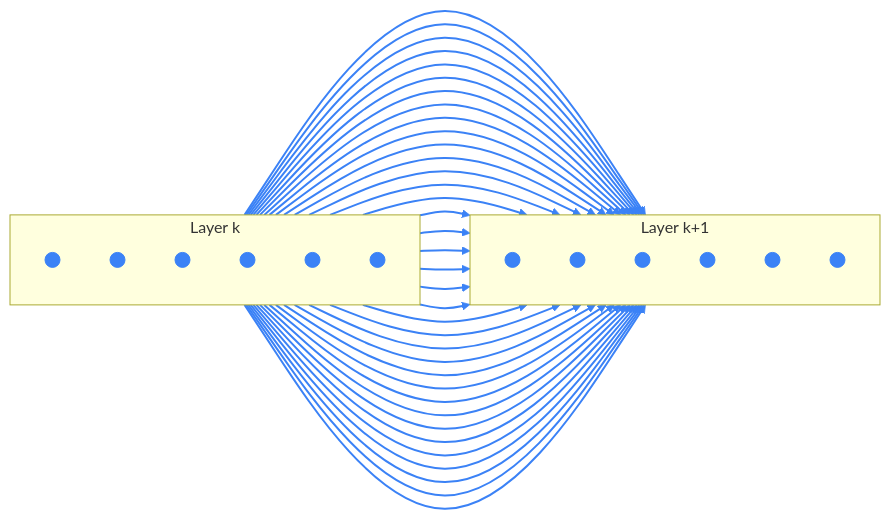
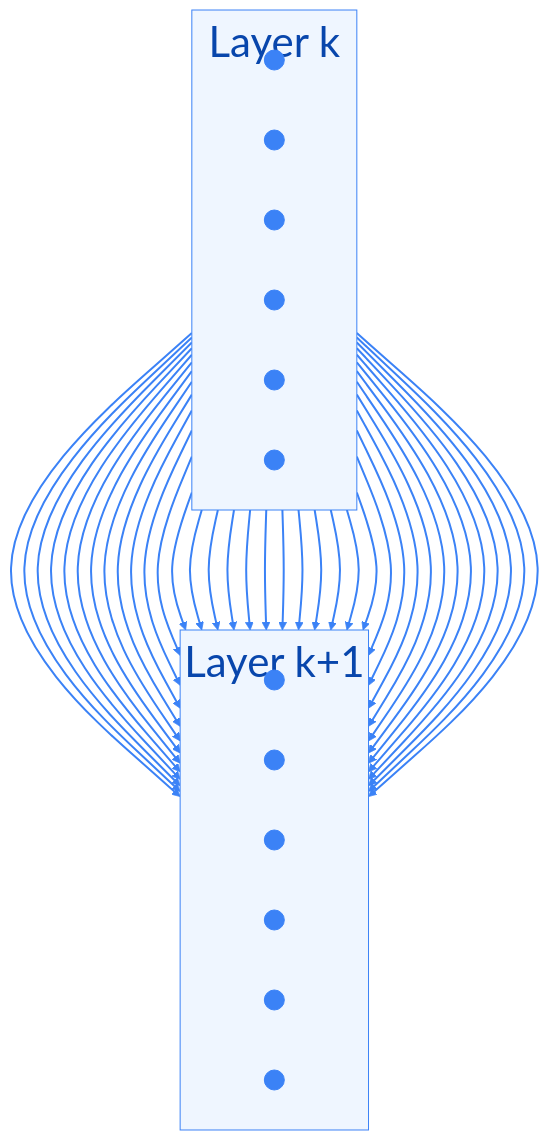
One commit to kerryback/mgmt675 changed the first of 2 diagrams in slides/m13-fine-tuning.qmd. Above: the diagram before and after it, drawn with Mermaid. The commit also changed other lines of this file and 1 other file, not shown here.

First line of the commit message:
Fix LoRA mermaid diagrams: light theme, horizontal layout

````diff
--- a/slides/m13-fine-tuning.qmd
+++ b/slides/m13-fine-tuning.qmd
@@ -192,30 +192,43 @@
 ```{mermaid}
-graph LR
+%%| fig-width: 16
+%%{init: {'theme': 'base', 'themeVariables': {'fontSize': '42px', 'primaryColor': '#3b82f6', 'primaryTextColor': '#fff', 'lineColor': '#3b82f6', 'clusterBkg': '#eff6ff', 'clusterBorder': '#3b82f6'}, 'flowchart': {'nodeSpacing': 60, 'rankSpacing': 120, 'padding': 20, 'useMaxWidth': true}}}%%
+graph TB
   subgraph Layer_k["Layer k"]
-    direction TB
+    direction LR
     A1((" "))
     A2((" "))
     A3((" "))
     A4((" "))
     A5((" "))
     A6((" "))
   end
   subgraph Layer_k1["Layer k+1"]
-    direction TB
+    direction LR
     B1((" "))
     B2((" "))
     B3((" "))
     B4((" "))
     B5((" "))
     B6((" "))
   end
   A1 --> B1 & B2 & B3 & B4 & B5 & B6
   A2 --> B1 & B2 & B3 & B4 & B5 & B6
   A3 --> B1 & B2 & B3 & B4 & B5 & B6
   A4 --> B1 & B2 & B3 & B4 & B5 & B6
   A5 --> B1 & B2 & B3 & B4 & B5 & B6
   A6 --> B1 & B2 & B3 & B4 & B5 & B6
 
   linkStyle default stroke:#3b82f6,stroke-width:2px
-  classDef node fill:#3b82f6,stroke:#3b82f6,color:#fff
+  style A1 fill:#3b82f6,stroke:#3b82f6,color:#fff
+  style A2 fill:#3b82f6,stroke:#3b82f6,color:#fff
+  style A3 fill:#3b82f6,stroke:#3b82f6,color:#fff
+  style A4 fill:#3b82f6,stroke:#3b82f6,color:#fff
+  style A5 fill:#3b82f6,stroke:#3b82f6,color:#fff
+  style A6 fill:#3b82f6,stroke:#3b82f6,color:#fff
+  style B1 fill:#3b82f6,stroke:#3b82f6,color:#fff
+  style B2 fill:#3b82f6,stroke:#3b82f6,color:#fff
+  style B3 fill:#3b82f6,stroke:#3b82f6,color:#fff
+  style B4 fill:#3b82f6,stroke:#3b82f6,color:#fff
+  style B5 fill:#3b82f6,stroke:#3b82f6,color:#fff
+  style B6 fill:#3b82f6,stroke:#3b82f6,color:#fff
 ```
````
